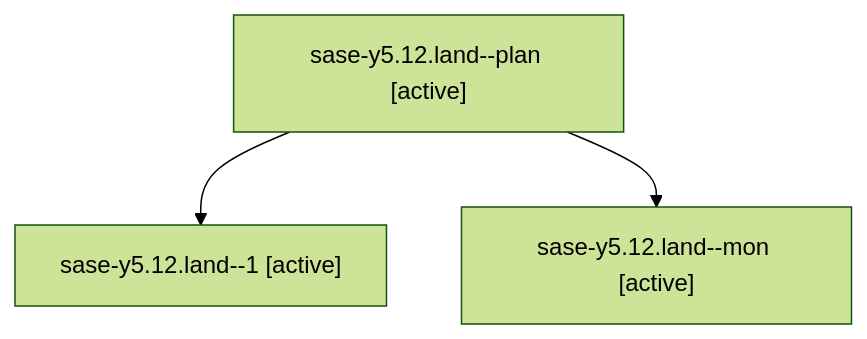
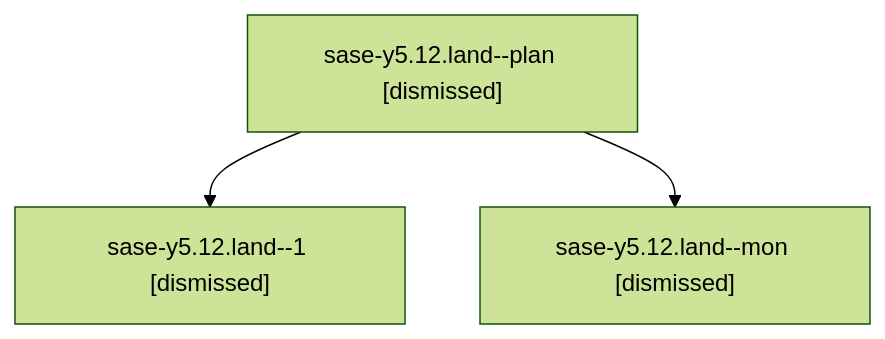
The diagram in sessions/bbugyi200.athena.sase-y5.12.land.md (sase-org/sase--agents), drawn with Mermaid (forest theme) before and after one commit. The commit also changed other lines of this file and 206 other files, not shown here.

````diff
--- a/sessions/bbugyi200.athena.sase-y5.12.land.md
+++ b/sessions/bbugyi200.athena.sase-y5.12.land.md
@@ -9,8 +9,8 @@
 ```mermaid
 flowchart TD
-  n0["sase-y5.12.land--plan [active]"]
-  n1["sase-y5.12.land--1 [active]"]
+  n0["sase-y5.12.land--plan [dismissed]"]
+  n1["sase-y5.12.land--1 [dismissed]"]
   n0 --> n1
-  n2["sase-y5.12.land--mon [active]"]
+  n2["sase-y5.12.land--mon [dismissed]"]
   n0 --> n2
 ```
````
